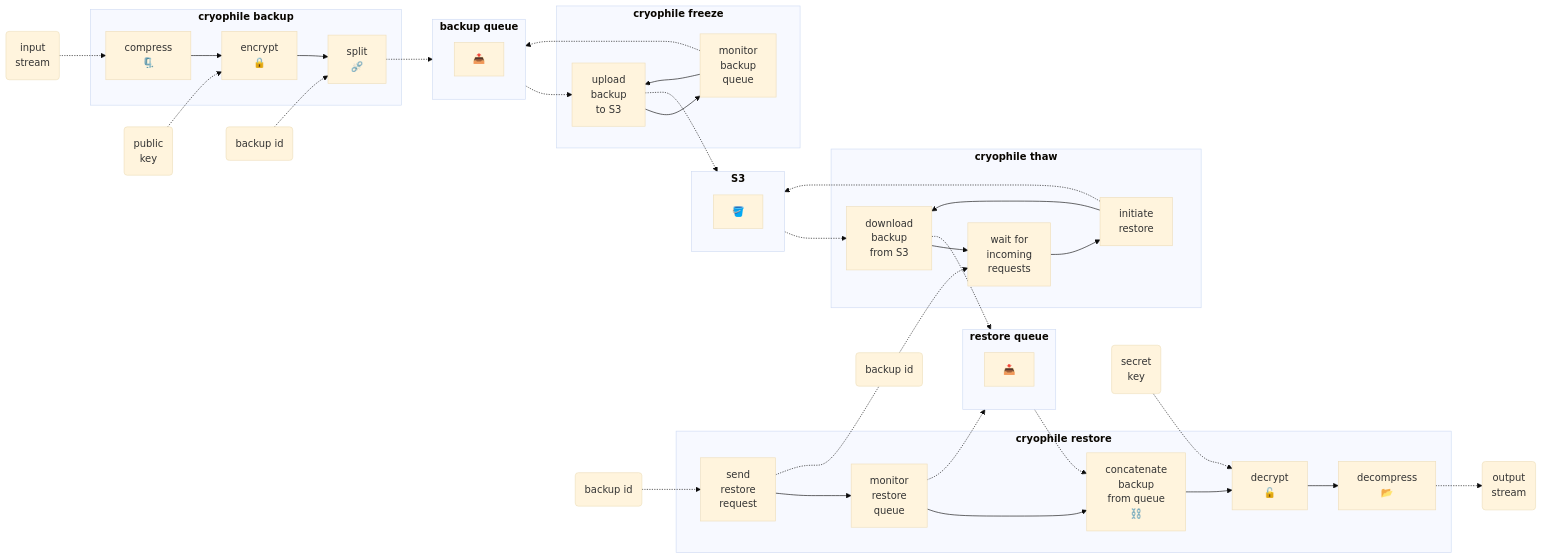
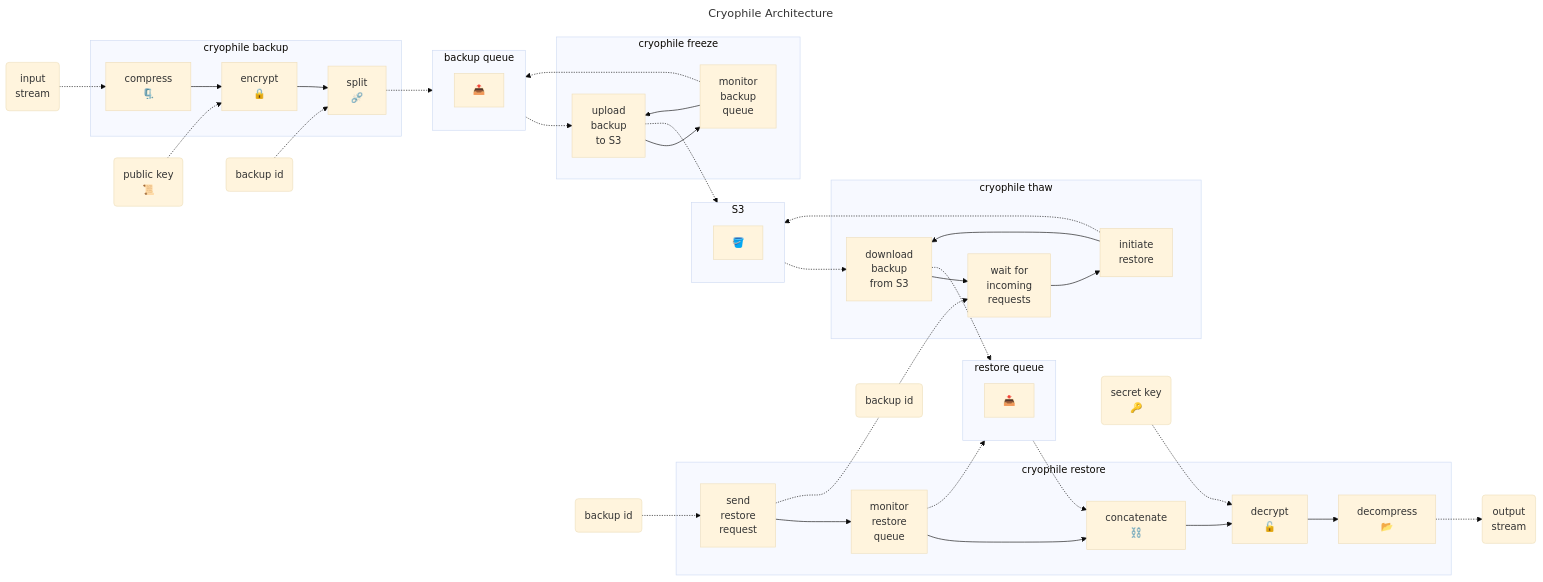
One commit to tkren/cryophile changed the diagram in README.md. Above: the diagram before and after it, drawn with Mermaid (base theme). The commit also changed other lines of this file, not shown here.

````diff
--- a/README.md
+++ b/README.md
@@ -12,61 +36,64 @@
 ```mermaid
+---
+title: Cryophile Architecture
+---
 flowchart LR
   direction TB
-  pubkey(public<br/>key) -.-> b2
+  pubkey("public key<br/>📜") -.-> b2
   direction TB
-  bbackupid(backup id) -.-> b3
+  bbackupid("backup id") -.-> b3
 
-  subgraph g7 ["`**cryophile restore**`"]
-  r1[send<br/>restore<br/>request] --> r2[monitor<br/>restore<br/>queue]
-  r2 --> r3[concatenate<br/>backup<br/>from queue<br/>⛓️]
-  r3 --> r4[decrypt<br/>🔓]
-  r4 --> r5[decompress<br/>📂]
+  subgraph g7 ["cryophile restore"]
+  r1[send<br/>restore<br/>request] --> r2["monitor<br/>restore<br/>queue"]
+  r2 --> r3["concatenate<br/>⛓️"]
+  r3 --> r4["decrypt<br/>🔓"]
+  r4 --> r5["decompress<br/>📂"]
   end
 
-  subgraph g6 ["`**restore queue**`"]
-  q2[📥]
+  subgraph g6 ["restore queue"]
+  q2["📥"]
   end
 
-  subgraph g5 ["`**cryophile thaw**`"]
-  t1[wait for<br/>incoming<br/>requests] --> t2[initiate<br/>restore]
-  t2 --> t3[download<br/>backup<br/>from S3]
+  subgraph g5 ["cryophile thaw"]
+  t1["wait for<br/>incoming<br/>requests"] --> t2["initiate<br/>restore"]
+  t2 --> t3["download<br/>backup<br/>from S3"]
   t3 --> t1
   end
 
-  subgraph g4 ["`**S3**`"]
-  s1[🪣]
+  subgraph g4 ["S3"]
+  s1["🪣"]
   end
 
-  subgraph g3 ["`**cryophile freeze**`"]
-  f1[monitor<br/>backup<br/>queue] --> f2[upload<br/>backup<br/>to S3]
+  subgraph g3 ["cryophile freeze"]
+  f1["monitor<br/>backup<br/>queue"] --> f2["upload<br/>backup<br/>to S3"]
   f2 --> f1
   end
 
-  subgraph g2 ["`**backup queue**`"]
-  q1[📤]
+  subgraph g2 ["backup queue"]
+  q1["📤"]
   end
 
-  subgraph g1 ["`**cryophile backup**`"]
-  b1[compress<br/>🗜️] --> b2[encrypt<br/>🔒]
-  b2 --> b3[split<br/>⛓️‍💥]
+  subgraph g1 ["cryophile backup"]
+  b1["compress<br/>🗜️"] --> b2["encrypt<br/>🔒"]
+  b2 --> b3["split<br/>⛓️‍💥"]
   end
 
-  rbackupid(backup id) -.-> r1
-  input(input<br/>stream) -.-> b1
-  seckey(secret<br/>key) -.-> r4
-  r5 -.-> output(output<br/>stream)
-  r1 -.- backupid(backup id) -.-> t1
+  rbackupid("backup id") -.-> r1
+  input("input<br/>stream") -.-> b1
+  seckey("secret key<br/>🔑") -.-> r4
+  r5 -.-> output("output<br/>stream")
+  r1 -.- backupid("backup id") -.-> t1
 
   b3 -.-> g2
   g2 -.-> f2
   f2 -.-> g4
   t3 -.-> g6
 
   r2 -.-> g6
   g6 -.-> r3
 
   t2 -.-> g4
   g4 -.-> t3
 
   f1 -.-> g2
 ```
````
